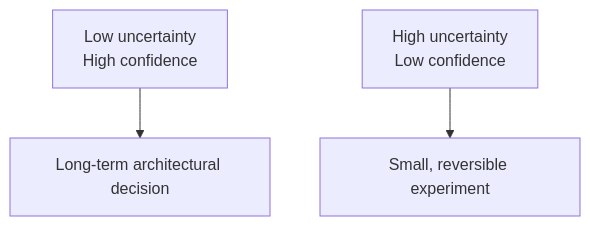
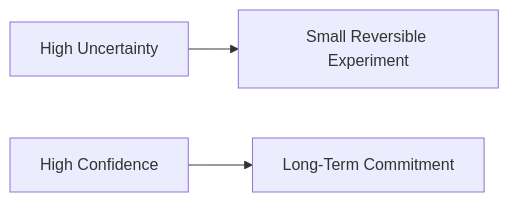
The fifth of 8 diagrams in src/content/behavioral/prioritization-tradeoffs.md (AvadhBhalodiya/Interview-Preparation), drawn with Mermaid before and after one commit. The commit also changed other lines of this file and 54 other files, not shown here.

````diff
--- a/src/content/behavioral/prioritization-tradeoffs.md
+++ b/src/content/behavioral/prioritization-tradeoffs.md
@@ -270,5 +292,5 @@
 ```mermaid
-flowchart TD
-    A["Low uncertainty<br/>High confidence"] --> B[Long-term architectural decision]
-    C["High uncertainty<br/>Low confidence"] --> D["Small, reversible experiment"]
+flowchart LR
+    A["High Uncertainty"] --> B["Small Reversible Experiment"]
+    C["High Confidence"] --> D["Long-Term Commitment"]
 ```
````
